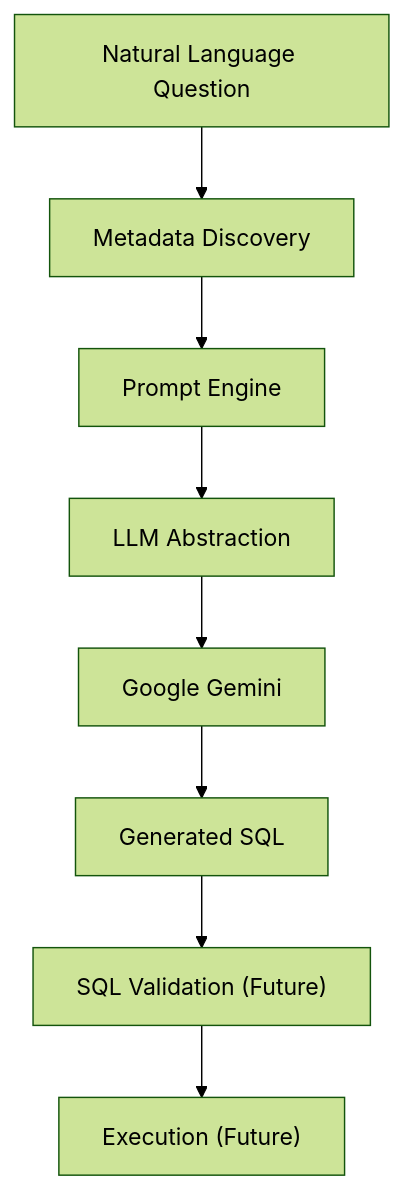
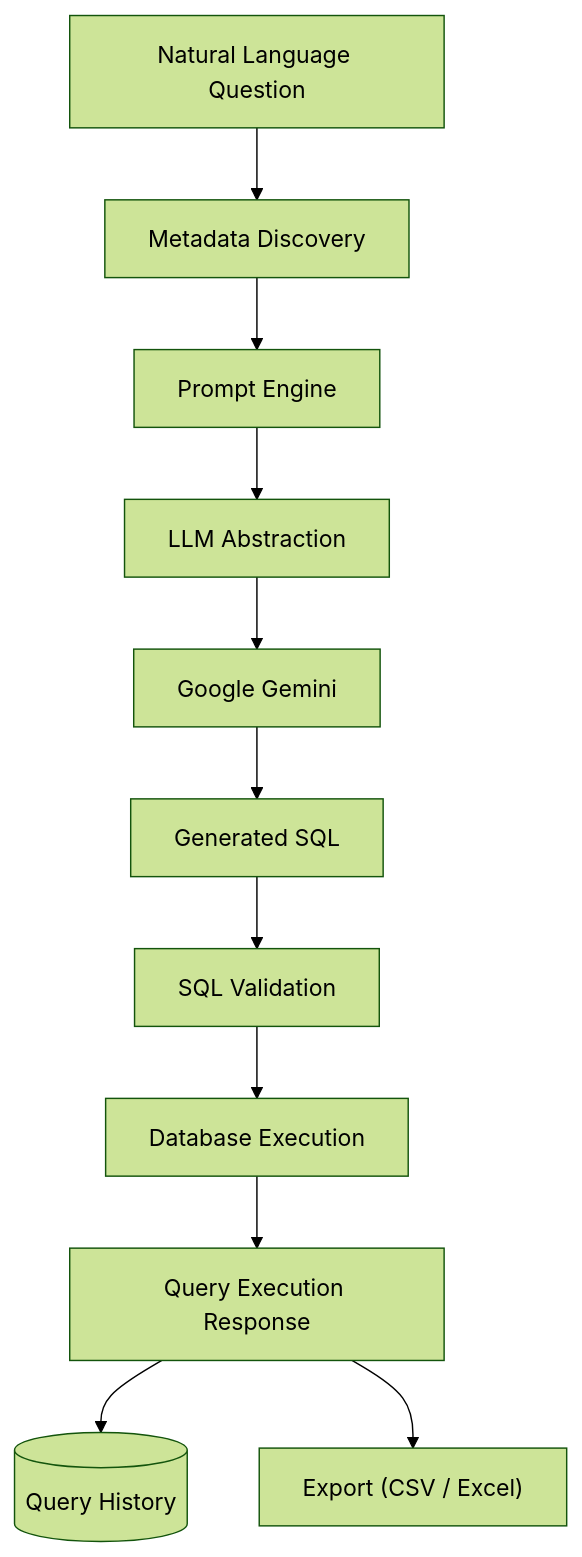
One commit to the-illuminatus/QueryPilot-DataEngineering changed the second of 3 diagrams in README.md. Above: the diagram before and after it, drawn with Mermaid (forest theme). The commit also changed other lines of this file, not shown here.

````diff
--- a/README.md
+++ b/README.md
@@ -92,10 +102,13 @@
 ```mermaid
 flowchart TD
     NL[Natural Language Question] --> Metadata[Metadata Discovery]
     Metadata --> Prompt[Prompt Engine]
     Prompt --> LLM[LLM Abstraction]
     LLM --> Gemini[Google Gemini]
     Gemini --> SQL[Generated SQL]
-    SQL --> Validation["SQL Validation (Future)"]
-    Validation --> Execution["Execution (Future)"]
+    SQL --> Validation[SQL Validation]
+    Validation --> Execution[Database Execution]
+    Execution --> Response[Query Execution Response]
+    Response --> History[(Query History)]
+    Response --> Export["Export (CSV / Excel)"]
 ```
````
